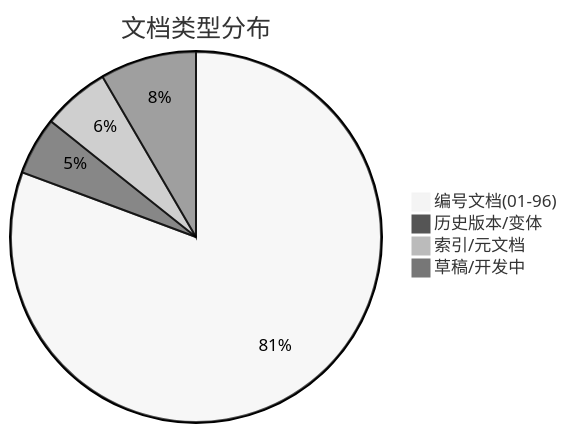
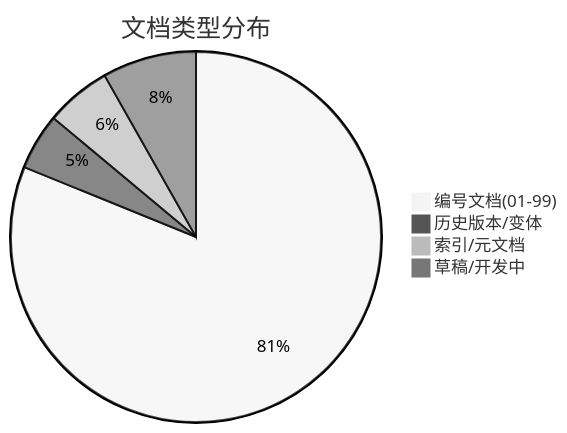
The first of 5 diagrams in framework/STATISTICS.md (yimeng2026/TOE-SYLVA), drawn with Mermaid (neutral theme) before and after one commit. The commit also changed other lines of this file and 6 other files, not shown here.

````diff
--- a/framework/STATISTICS.md
+++ b/framework/STATISTICS.md
@@ -17,7 +18,7 @@
 ```mermaid
 pie title 文档类型分布
-    "编号文档(01-96)" : 96
+    "编号文档(01-99)" : 99
     "历史版本/变体" : 6
     "索引/元文档" : 7
     "草稿/开发中" : 10
 ```
````
